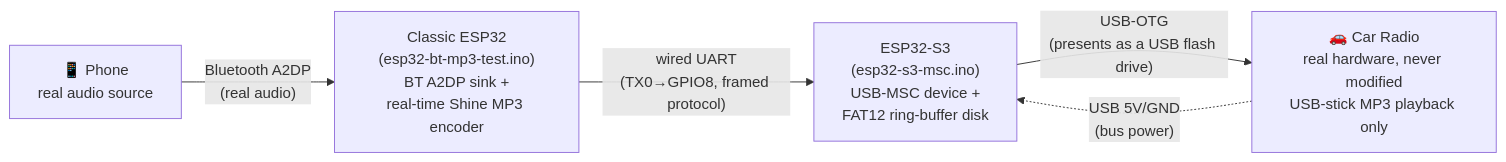
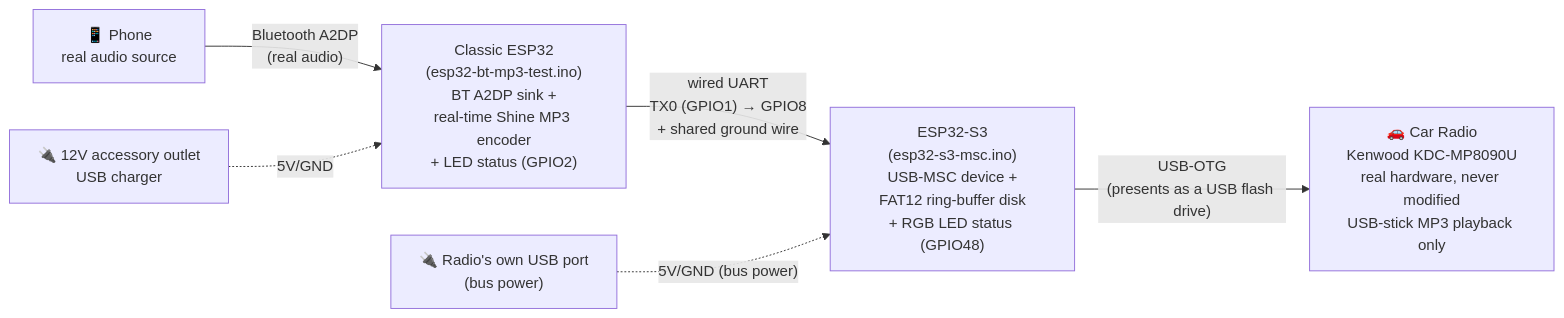
One commit to Silenttttttt/esp32-bt-usb-mp3-dongle changed the first of 3 diagrams in ARCHITECTURE.md. Above: the diagram before and after it, drawn with Mermaid. The commit also changed other lines of this file, not shown here.

First line of the commit message:
Rewrite ARCHITECTURE.md to match the actual confirmed real-hardware setup

````diff
--- a/ARCHITECTURE.md
+++ b/ARCHITECTURE.md
@@ -36,12 +16,15 @@
 ```mermaid
 graph LR
     Phone["📱 Phone<br/>real audio source"]
-    Classic["Classic ESP32<br/>(esp32-bt-mp3-test.ino)<br/>BT A2DP sink +<br/>real-time Shine MP3 encoder"]
-    S3["ESP32-S3<br/>(esp32-s3-msc.ino)<br/>USB-MSC device +<br/>FAT12 ring-buffer disk"]
-    Radio["🚗 Car Radio<br/>real hardware, never modified<br/>USB-stick MP3 playback only"]
+    Classic["Classic ESP32<br/>(esp32-bt-mp3-test.ino)<br/>BT A2DP sink +<br/>real-time Shine MP3 encoder<br/>+ LED status (GPIO2)"]
+    S3["ESP32-S3<br/>(esp32-s3-msc.ino)<br/>USB-MSC device +<br/>FAT12 ring-buffer disk<br/>+ RGB LED status (GPIO48)"]
+    Radio["🚗 Car Radio<br/>Kenwood KDC-MP8090U<br/>real hardware, never modified<br/>USB-stick MP3 playback only"]
+    PowerA["🔌 12V accessory outlet<br/>USB charger"]
+    PowerB["🔌 Radio's own USB port<br/>(bus power)"]
 
     Phone -- "Bluetooth A2DP<br/>(real audio)" --> Classic
-    Classic -- "wired UART<br/>(TX0→GPIO8, framed protocol)" --> S3
+    Classic -- "wired UART<br/>TX0 (GPIO1) → GPIO8<br/>+ shared ground wire" --> S3
     S3 -- "USB-OTG<br/>(presents as a USB flash drive)" --> Radio
-    Radio -. "USB 5V/GND<br/>(bus power)" .-> S3
+    PowerA -. "5V/GND" .-> Classic
+    PowerB -. "5V/GND (bus power)" .-> S3
 ```
````
